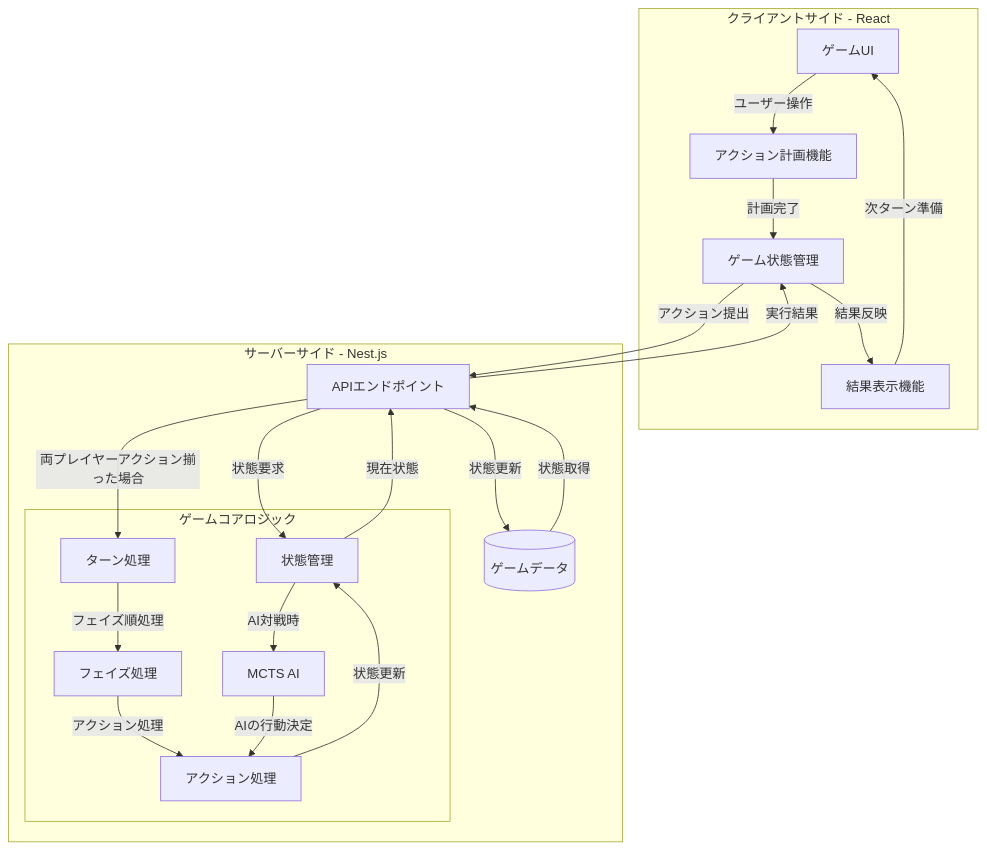
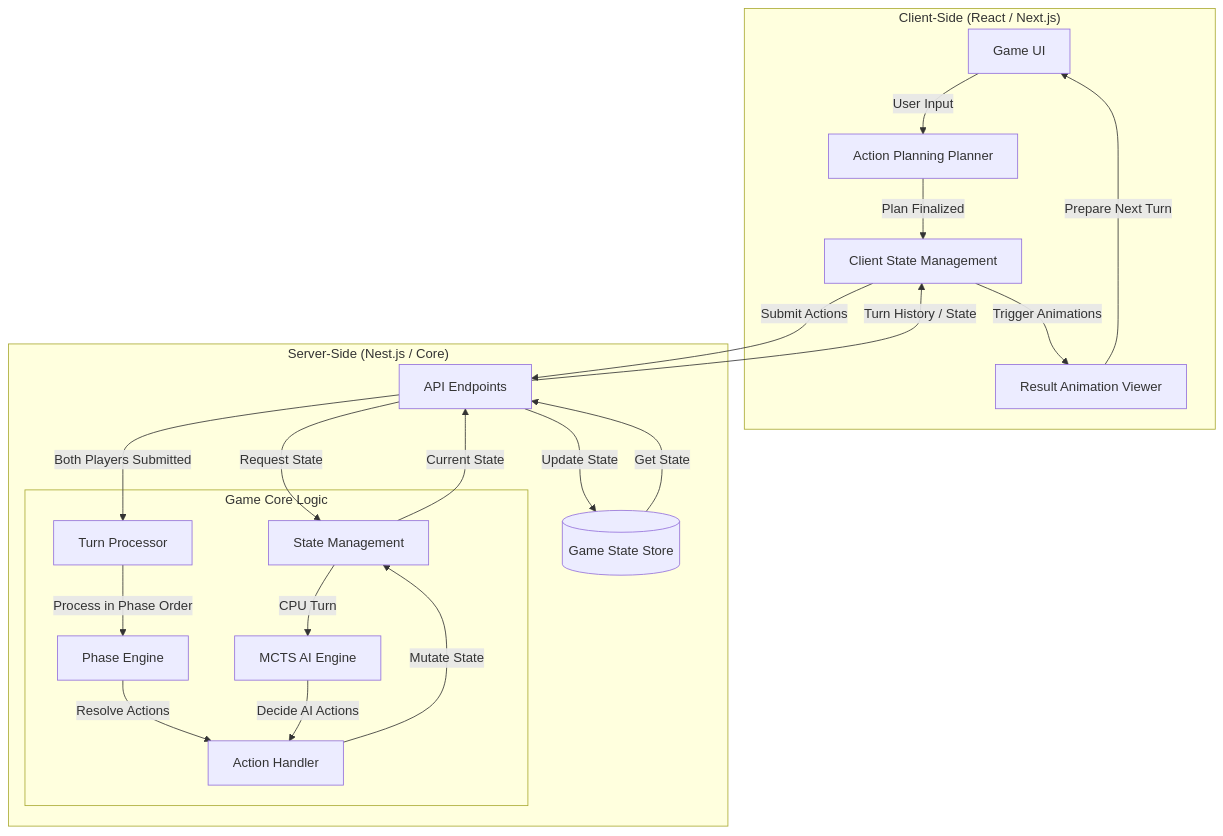
Before and after one commit to mirenn/nullpoga_TCG: the diagram in docs/architecture.md, drawn with Mermaid. The commit also changed other lines of this file and 9 other files, not shown here.

````diff
--- a/docs/architecture.md
+++ b/docs/architecture.md
@@ -12,39 +14,39 @@
 ```mermaid
 flowchart TB
-    subgraph クライアント[クライアントサイド - React]
-        UI[ゲームUI]
-        GameState[ゲーム状態管理]
-        ActionPlanner[アクション計画機能]
-        ResultViewer[結果表示機能]
+    subgraph Client["Client-Side (React / Next.js)"]
+        UI["Game UI"]
+        GameState["Client State Management"]
+        ActionPlanner["Action Planning Planner"]
+        ResultViewer["Result Animation Viewer"]
     end
 
-    subgraph サーバー[サーバーサイド - Nest.js]
-        API[APIエンドポイント]
-        subgraph コアロジック[ゲームコアロジック]
-            State[状態管理]
-            Turn[ターン処理]
-            Phase[フェイズ処理]
-            Action[アクション処理]
-            MCTS[MCTS AI]
+    subgraph Server["Server-Side (Nest.js / Core)"]
+        API["API Endpoints"]
+        subgraph Core["Game Core Logic"]
+            State["State Management"]
+            Turn["Turn Processor"]
+            Phase["Phase Engine"]
+            Action["Action Handler"]
+            MCTS["MCTS AI Engine"]
         end
-        DB[(ゲームデータ)]
+        DB[("Game State Store")]
     end
 
-    UI --> |ユーザー操作| ActionPlanner
-    ActionPlanner --> |計画完了| GameState
-    GameState --> |アクション提出| API
-    API --> |状態要求| State
-    State --> |現在状態| API
-    API --> |状態更新| DB
-    DB --> |状態取得| API
-    API --> |実行結果| GameState
-    GameState --> |結果反映| ResultViewer
-    ResultViewer --> |次ターン準備| UI
+    UI --> |User Input| ActionPlanner
+    ActionPlanner --> |Plan Finalized| GameState
+    GameState --> |Submit Actions| API
+    API --> |Request State| State
+    State --> |Current State| API
+    API --> |Update State| DB
+    DB --> |Get State| API
+    API --> |Turn History / State| GameState
+    GameState --> |Trigger Animations| ResultViewer
+    ResultViewer --> |Prepare Next Turn| UI
     
-    API --> |両プレイヤーアクション揃った場合| Turn
-    Turn --> |フェイズ順処理| Phase
-    Phase --> |アクション処理| Action
-    Action --> |状態更新| State
-    State --> |AI対戦時| MCTS
-    MCTS --> |AIの行動決定| Action
+    API --> |Both Players Submitted| Turn
+    Turn --> |Process in Phase Order| Phase
+    Phase --> |Resolve Actions| Action
+    Action --> |Mutate State| State
+    State --> |CPU Turn| MCTS
+    MCTS --> |Decide AI Actions| Action
 ```
````
